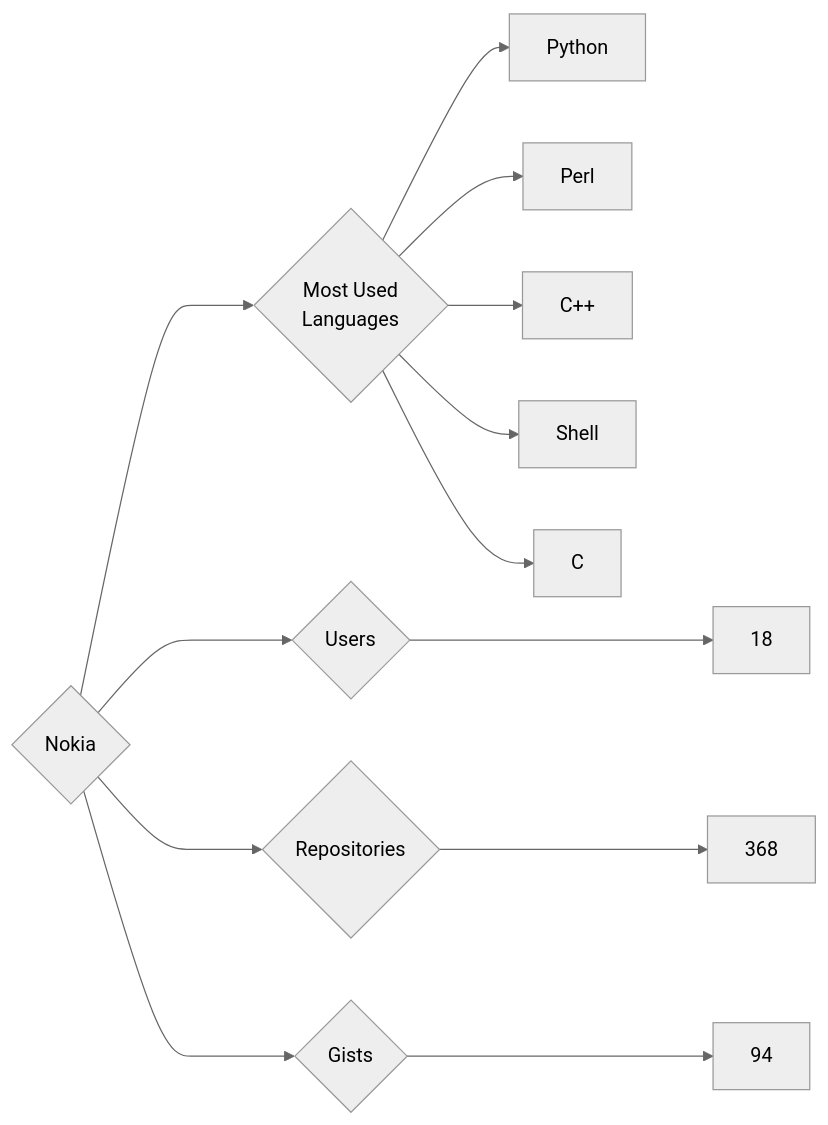
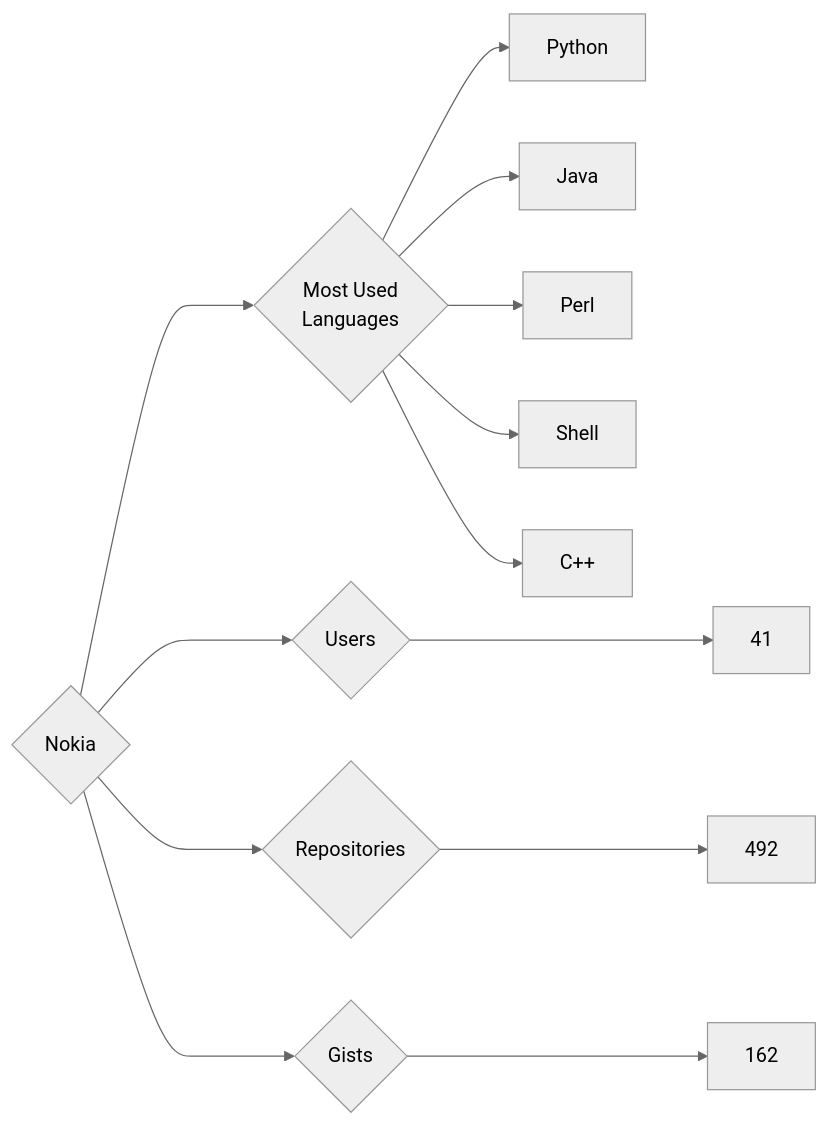
One commit to trickest/insiders changed the diagram in targets/Nokia/README.md. Above: the diagram before and after it, drawn with Mermaid (neutral theme). The commit also changed 1011 other files, not shown here.

````diff
--- a/targets/Nokia/README.md
+++ b/targets/Nokia/README.md
@@ -3,13 +3,13 @@
 ```mermaid
 graph LR
 COMPANY_NAME{Nokia}
-COMPANY_NAME ---> U{Users} ---> UN[18]
-COMPANY_NAME ---> R{Repositories} ---> RN[368]
-COMPANY_NAME ---> G{Gists} ---> GN[94]
+COMPANY_NAME ---> U{Users} ---> UN[41]
+COMPANY_NAME ---> R{Repositories} ---> RN[492]
+COMPANY_NAME ---> G{Gists} ---> GN[162]
 COMPANY_NAME ---> ML{Most Used<br>Languages}
 ML --> Python[Python]
+ML --> Java[Java]
 ML --> Perl[Perl]
+ML --> Shell[Shell]
 ML --> C++[C++]
-ML --> Shell[Shell]
-ML --> C[C]
 ```
````
